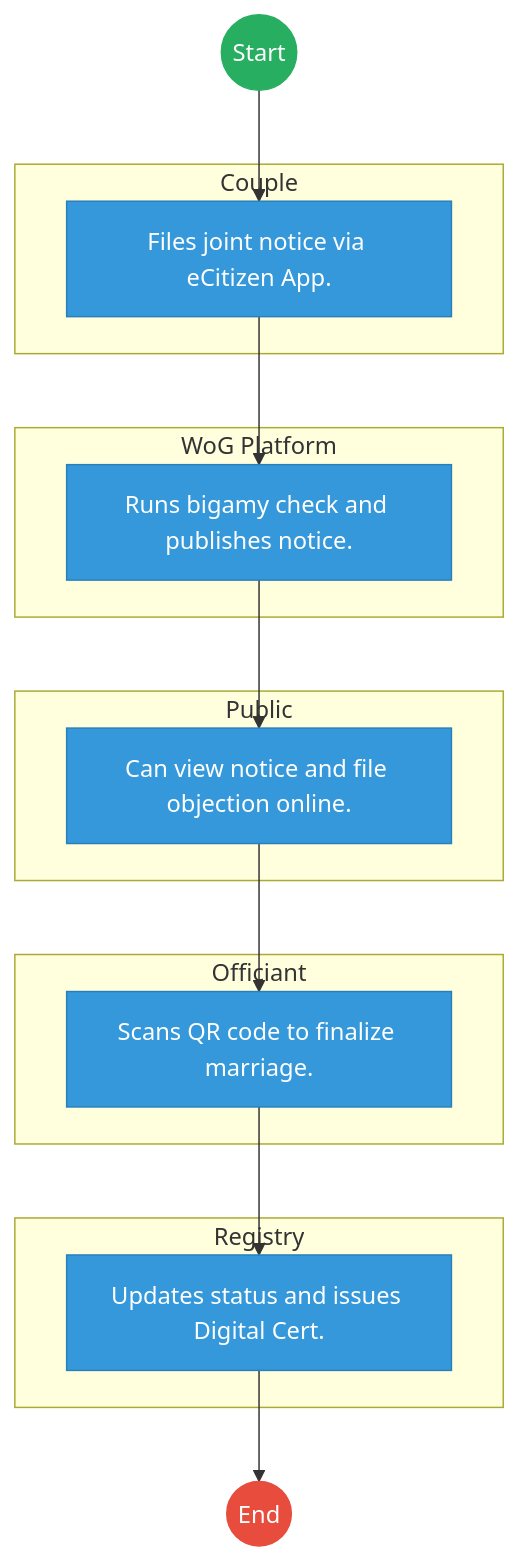
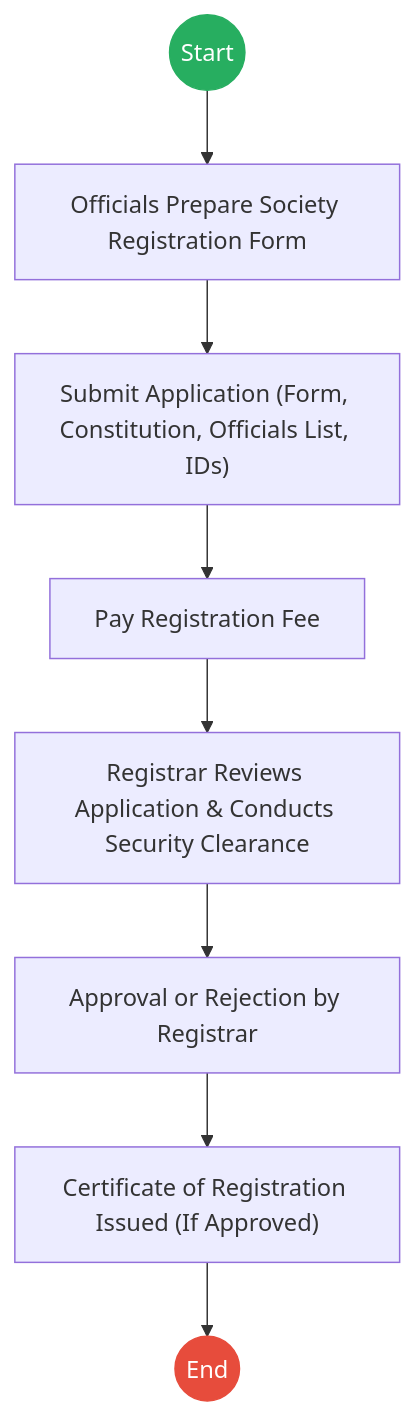
One commit to BITZ-IT-Consulting-LTD/ictapoc changed the third of 6 diagrams in mdas/docs_final/State_Law_Office_The___Service_Delivery.md. Above: the diagram before and after it, drawn with Mermaid. The commit also changed other lines of this file, not shown here.

````diff
--- a/mdas/docs_final/State_Law_Office_The___Service_Delivery.md
+++ b/mdas/docs_final/State_Law_Office_The___Service_Delivery.md
@@ -120,38 +81,15 @@
 ```mermaid
 graph TD
     Start((Start)) --> S1
-
-    subgraph Couple [Couple]
-        S1["Files joint notice via eCitizen App."]
-    end
-
-    subgraph WoG_Platform [WoG Platform]
-        S2["Runs bigamy check and publishes notice."]
-    end
-
-    subgraph Public [Public]
-        S3["Can view notice and file objection online."]
-    end
-
-    subgraph Officiant [Officiant]
-        S4["Scans QR code to finalize marriage."]
-    end
-
-    subgraph Registry [Registry]
-        S5["Updates status and issues Digital Cert."]
-    end
-    S1 --> S2
-    S2 --> S3
-    S3 --> S4
-    S4 --> S5
-    S5 --> End((End))
+    S1["Officials Prepare Society Registration Form"] --> S2
+    S2["Submit Application (Form, Constitution, Officials List, IDs)"] --> S3
+    S3["Pay Registration Fee"] --> S4
+    S4["Registrar Reviews Application & Conducts Security Clearance"] --> S5
+    S5["Approval or Rejection by Registrar"] --> S6
+    S6["Certificate of Registration Issued (If Approved)"] --> End((End))
 
     classDef start fill:#27ae60,stroke:#27ae60,color:#fff;
     classDef endNode fill:#e74c3c,stroke:#e74c3c,color:#fff;
-    classDef userTask fill:#3498db,stroke:#2980b9,color:#fff;
-    classDef serviceTask fill:#9b59b6,stroke:#8e44ad,color:#fff;
-
     class Start start;
     class End endNode;
-    class S1,S2,S3,S4,S5 userTask;
 ```
````
